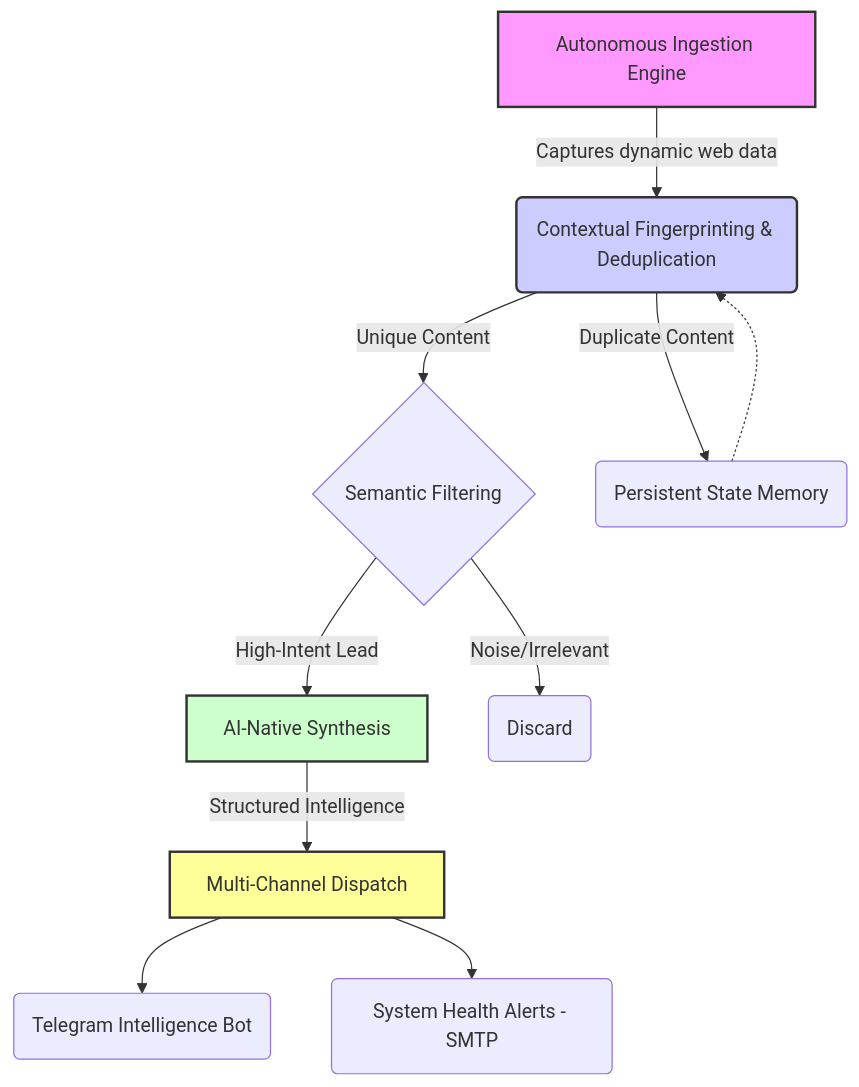
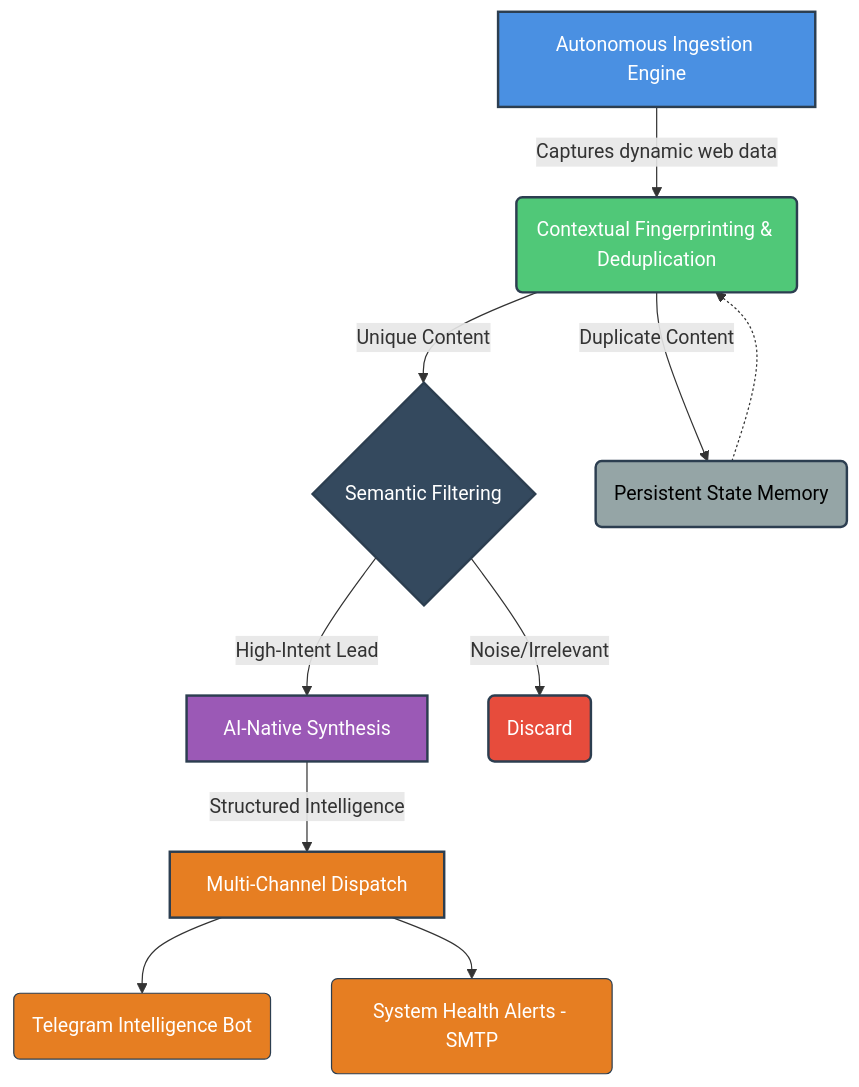
The diagram in README.md (omsusi/wb_recruitment_lead_framework), drawn with Mermaid before and after one commit.

````diff
--- a/README.md
+++ b/README.md
@@ -29,17 +29,22 @@
 ```mermaid
 graph TD
     A[Autonomous Ingestion Engine] -->|Captures dynamic web data| B(Contextual Fingerprinting & Deduplication)
     B -- Unique Content --> C{Semantic Filtering}
     B -- Duplicate Content --> D(Persistent State Memory)
     C -- High-Intent Lead --> E[AI-Native Synthesis]
     C -- Noise/Irrelevant --> F(Discard)
     E -->|Structured Intelligence| G[Multi-Channel Dispatch]
     G --> H(Telegram Intelligence Bot)
     G --> I(System Health Alerts - SMTP)
     D -.-> B
-    style A fill:#f9f,stroke:#333,stroke-width:2px
-    style B fill:#ccf,stroke:#333,stroke-width:2px
-    style E fill:#cfc,stroke:#333,stroke-width:2px
-    style G fill:#ff9,stroke:#333,stroke-width:2px
+    style A fill:#4A90E2,stroke:#2C3E50,stroke-width:2px,color:#fff
+    style B fill:#50C878,stroke:#2C3E50,stroke-width:2px,color:#fff
+    style E fill:#9B59B6,stroke:#2C3E50,stroke-width:2px,color:#fff
+    style G fill:#E67E22,stroke:#2C3E50,stroke-width:2px,color:#fff
+    style C fill:#34495E,stroke:#2C3E50,stroke-width:2px,color:#fff
+    style D fill:#95A5A6,stroke:#2C3E50,stroke-width:2px,color:#000
+    style F fill:#E74C3C,stroke:#2C3E50,stroke-width:2px,color:#fff
+    style H fill:#E67E22,stroke:#2C3E50,stroke-width:1px,color:#fff
+    style I fill:#E67E22,stroke:#2C3E50,stroke-width:1px,color:#fff
 
 ```
````
